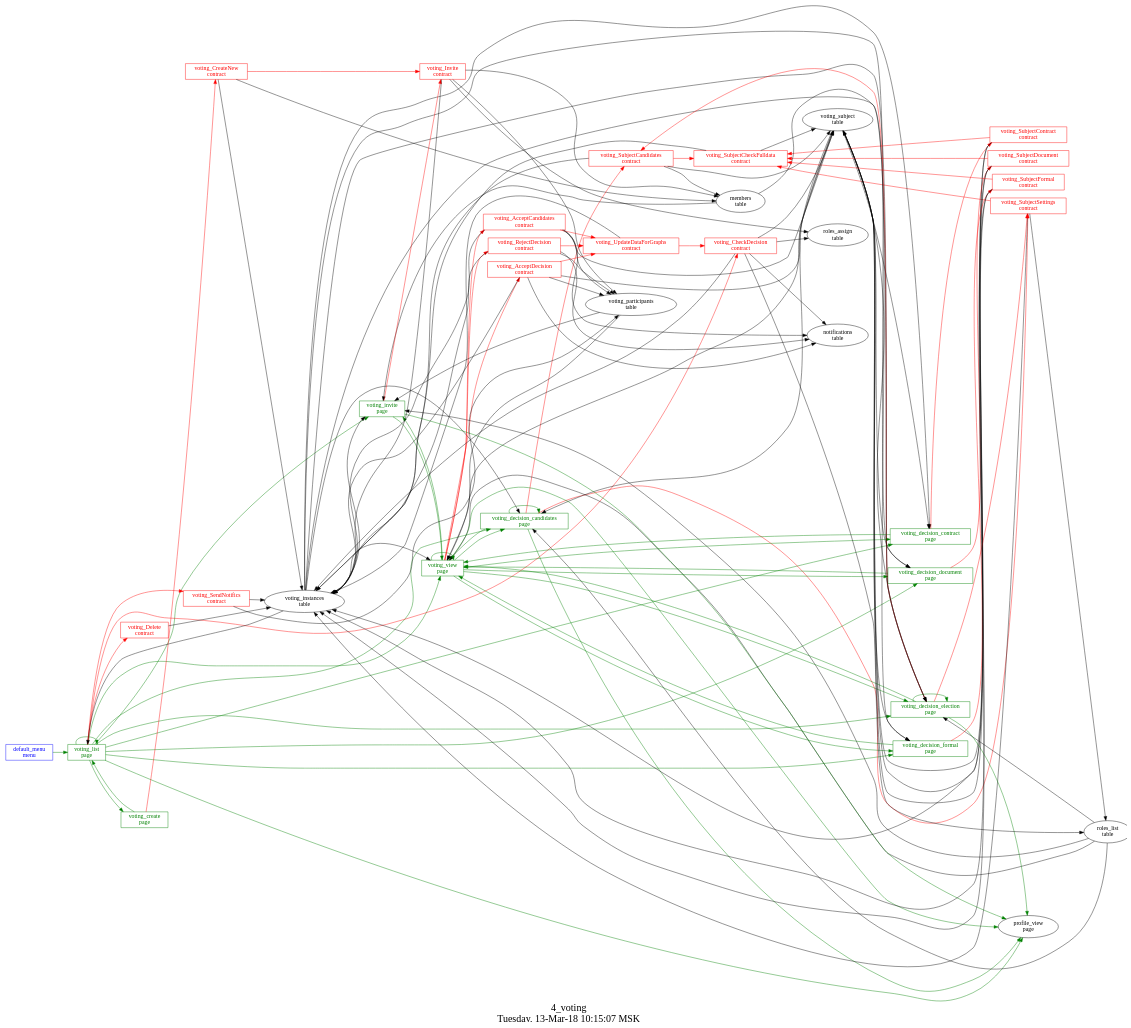
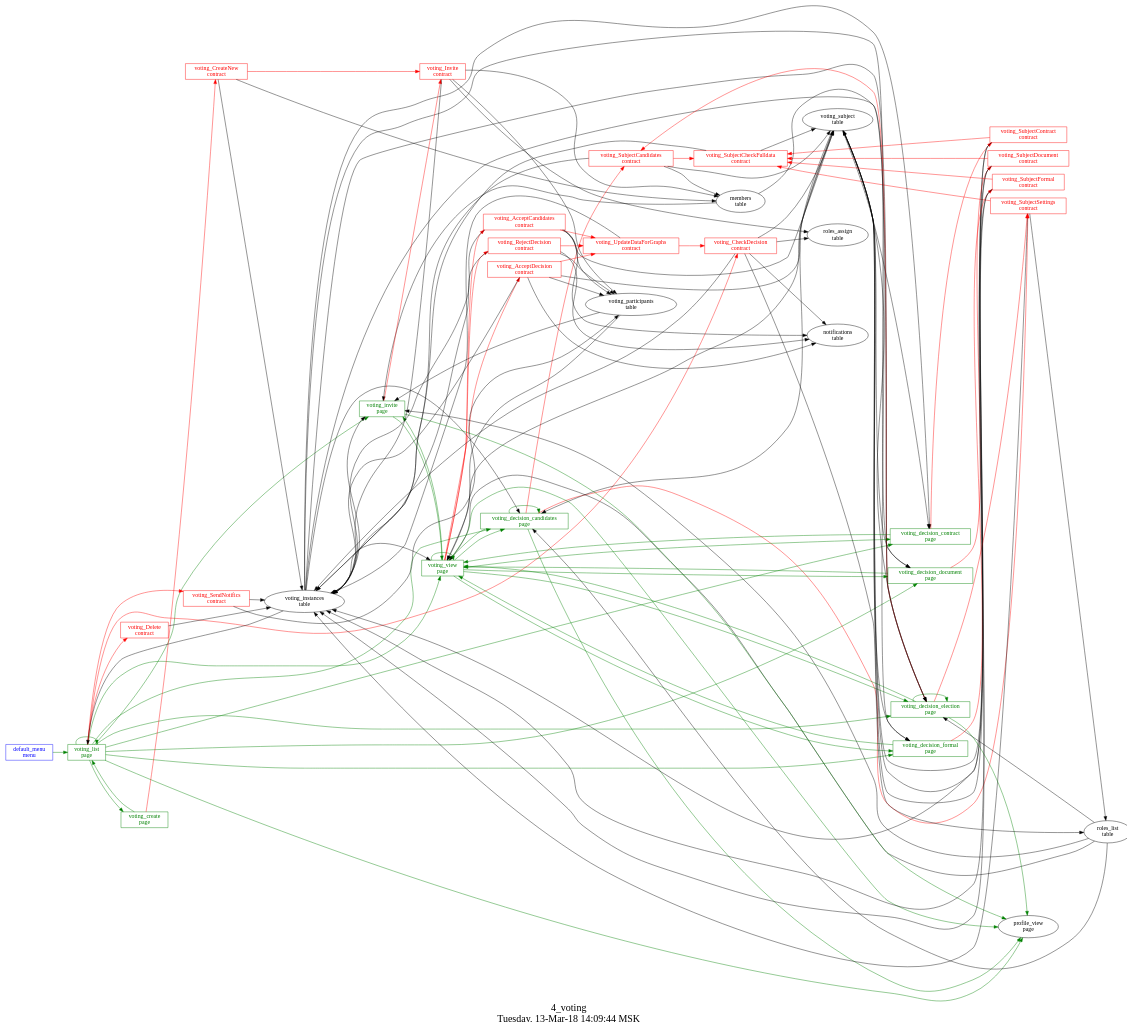
Before and after one commit to AplaProject/apps: the diagram in src/basic/common/4_voting/struct.dot, drawn with Graphviz. The commit also changed 5 other files, not shown here.

```diff
--- a/src/basic/common/4_voting/struct.dot
+++ b/src/basic/common/4_voting/struct.dot
@@ -1,155 +1,155 @@
 digraph G {
 graph [
   fontsize="24";
-  label="4_voting\nTuesday, 13-Mar-18 10:15:07 MSK";
+  label="4_voting\nTuesday, 13-Mar-18 14:09:44 MSK";
   nojustify=true;
   ordering=out;
   rankdir=LR;
   size="30";
 ];
 "default_menu\nmenu" -> "voting_list\npage"  [ color=green ]
 "default_menu\nmenu" [color=blue, fontcolor=blue, group=menus, shape=record];
 "voting_create\npage" -> "voting_CreateNew\ncontract"  [ color=red ]
 "voting_create\npage" -> "voting_list\npage"  [ color=green ]
 "voting_create\npage" [color=green, fontcolor=green, group=pages, shape=record];
 "voting_decision_candidates\npage" -> "voting_SubjectCandidates\ncontract"  [ color=red ]
 "voting_decision_candidates\npage" -> "voting_SubjectSettings\ncontract"  [ color=red ]
 "voting_instances\ntable" -> "voting_decision_candidates\npage"  [ color="" ]
 "voting_subject\ntable" -> "voting_decision_candidates\npage"  [ color="" ]
 "roles_list\ntable" -> "voting_decision_candidates\npage"  [ color="" ]
 "voting_decision_candidates\npage" -> "voting_decision_candidates\npage"  [ color=green ]
 "voting_decision_candidates\npage" -> "profile_view\npage"  [ color=green ]
 "voting_decision_candidates\npage" -> "voting_view\npage"  [ color=green ]
 "voting_decision_candidates\npage" [color=green, fontcolor=green, group=pages, shape=record];
 "voting_decision_contract\npage" -> "voting_SubjectContract\ncontract"  [ color=red ]
 "voting_instances\ntable" -> "voting_decision_contract\npage"  [ color="" ]
 "voting_subject\ntable" -> "voting_decision_contract\npage"  [ color="" ]
 "voting_decision_contract\npage" -> "voting_view\npage"  [ color=green ]
 "voting_decision_contract\npage" [color=green, fontcolor=green, group=pages, shape=record];
 "voting_decision_document\npage" -> "voting_SubjectDocument\ncontract"  [ color=red ]
 "voting_instances\ntable" -> "voting_decision_document\npage"  [ color="" ]
 "voting_subject\ntable" -> "voting_decision_document\npage"  [ color="" ]
 "voting_decision_document\npage" -> "voting_view\npage"  [ color=green ]
 "voting_decision_document\npage" [color=green, fontcolor=green, group=pages, shape=record];
 "voting_decision_election\npage" -> "voting_SubjectCandidates\ncontract"  [ color=red ]
 "voting_decision_election\npage" -> "voting_SubjectSettings\ncontract"  [ color=red ]
 "voting_instances\ntable" -> "voting_decision_election\npage"  [ color="" ]
 "members\ntable" -> "voting_decision_election\npage"  [ color="" ]
 "voting_subject\ntable" -> "voting_decision_election\npage"  [ color="" ]
 "roles_list\ntable" -> "voting_decision_election\npage"  [ color="" ]
 "voting_decision_election\npage" -> "voting_decision_election\npage"  [ color=green ]
 "voting_decision_election\npage" -> "profile_view\npage"  [ color=green ]
 "voting_decision_election\npage" -> "voting_view\npage"  [ color=green ]
 "voting_decision_election\npage" [color=green, fontcolor=green, group=pages, shape=record];
 "voting_decision_formal\npage" -> "voting_SubjectFormal\ncontract"  [ color=red ]
 "voting_instances\ntable" -> "voting_decision_formal\npage"  [ color="" ]
 "voting_subject\ntable" -> "voting_decision_formal\npage"  [ color="" ]
 "voting_decision_formal\npage" -> "voting_view\npage"  [ color=green ]
 "voting_decision_formal\npage" [color=green, fontcolor=green, group=pages, shape=record];
 "voting_invite\npage" -> "voting_Invite\ncontract"  [ color=red ]
 "voting_instances\ntable" -> "voting_invite\npage"  [ color="" ]
 "voting_participants\ntable" -> "voting_invite\npage"  [ color="" ]
 "members\ntable" -> "voting_invite\npage"  [ color="" ]
 "roles_list\ntable" -> "voting_invite\npage"  [ color="" ]
 "voting_invite\npage" -> "profile_view\npage"  [ color=green ]
 "voting_invite\npage" -> "voting_view\npage"  [ color=green ]
 "voting_invite\npage" [color=green, fontcolor=green, group=pages, shape=record];
 "voting_list\npage" -> "voting_SendNotifics\ncontract"  [ color=red ]
 "voting_list\npage" -> "voting_CheckDecision\ncontract"  [ color=red ]
 "voting_list\npage" -> "voting_Delete\ncontract"  [ color=red ]
 "voting_instances\ntable" -> "voting_list\npage"  [ color="" ]
 "voting_list\npage" -> "voting_view\npage"  [ color=green ]
 "voting_list\npage" -> "voting_decision_candidates\npage"  [ color=green ]
 "voting_list\npage" -> "voting_decision_election\npage"  [ color=green ]
 "voting_list\npage" -> "voting_decision_document\npage"  [ color=green ]
 "voting_list\npage" -> "voting_decision_formal\npage"  [ color=green ]
 "voting_list\npage" -> "voting_decision_contract\npage"  [ color=green ]
 "voting_list\npage" -> "voting_invite\npage"  [ color=green ]
 "voting_list\npage" -> "voting_list\npage"  [ color=green ]
 "voting_list\npage" -> "profile_view\npage"  [ color=green ]
 "voting_list\npage" -> "voting_create\npage"  [ color=green ]
 "voting_list\npage" [color=green, fontcolor=green, group=pages, shape=record];
 "voting_view\npage" -> "voting_AcceptCandidates\ncontract"  [ color=red ]
 "voting_view\npage" -> "voting_RejectDecision\ncontract"  [ color=red ]
 "voting_view\npage" -> "voting_AcceptDecision\ncontract"  [ color=red ]
 "voting_instances\ntable" -> "voting_view\npage"  [ color="" ]
 "voting_participants\ntable" -> "voting_view\npage"  [ color="" ]
 "roles_list\ntable" -> "voting_view\npage"  [ color="" ]
 "voting_subject\ntable" -> "voting_view\npage"  [ color="" ]
 "voting_view\npage" -> "profile_view\npage"  [ color=green ]
 "voting_view\npage" -> "voting_view\npage"  [ color=green ]
 "voting_view\npage" -> "voting_decision_candidates\npage"  [ color=green ]
 "voting_view\npage" -> "voting_decision_election\npage"  [ color=green ]
 "voting_view\npage" -> "voting_decision_document\npage"  [ color=green ]
 "voting_view\npage" -> "voting_decision_formal\npage"  [ color=green ]
 "voting_view\npage" -> "voting_decision_contract\npage"  [ color=green ]
 "voting_view\npage" -> "voting_invite\npage"  [ color=green ]
 "voting_view\npage" [color=green, fontcolor=green, group=pages, shape=record];
 "voting_AcceptCandidates\ncontract" -> "voting_UpdateDataForGraphs\ncontract"  [ color=red ]
 "voting_AcceptCandidates\ncontract" -> "voting_instances\ntable"  [ color="" ]
 "voting_AcceptCandidates\ncontract" -> "voting_subject\ntable"  [ color="" ]
 "voting_AcceptCandidates\ncontract" -> "voting_participants\ntable"  [ color="" ]
 "voting_AcceptCandidates\ncontract" -> "notifications\ntable"  [ color="" ]
 "voting_AcceptCandidates\ncontract" [color=red, fontcolor=red, group=contracts, shape=record];
 "voting_AcceptDecision\ncontract" -> "voting_UpdateDataForGraphs\ncontract"  [ color=red ]
 "voting_AcceptDecision\ncontract" -> "voting_instances\ntable"  [ color="" ]
 "voting_AcceptDecision\ncontract" -> "voting_subject\ntable"  [ color="" ]
 "voting_AcceptDecision\ncontract" -> "voting_participants\ntable"  [ color="" ]
 "voting_AcceptDecision\ncontract" -> "notifications\ntable"  [ color="" ]
 "voting_AcceptDecision\ncontract" [color=red, fontcolor=red, group=contracts, shape=record];
 "voting_CheckDecision\ncontract" -> "voting_instances\ntable"  [ color="" ]
 "voting_CheckDecision\ncontract" -> "voting_subject\ntable"  [ color="" ]
 "voting_CheckDecision\ncontract" -> "notifications\ntable"  [ color="" ]
 "voting_CheckDecision\ncontract" -> "roles_list\ntable"  [ color="" ]
 "voting_CheckDecision\ncontract" -> "roles_assign\ntable"  [ color="" ]
 "voting_CheckDecision\ncontract" [color=red, fontcolor=red, group=contracts, shape=record];
 "voting_CreateNew\ncontract" -> "voting_Invite\ncontract"  [ color=red ]
 "voting_CreateNew\ncontract" -> "members\ntable"  [ color="" ]
 "voting_CreateNew\ncontract" -> "voting_instances\ntable"  [ color="" ]
 "voting_CreateNew\ncontract" [color=red, fontcolor=red, group=contracts, shape=record];
 "voting_Delete\ncontract" -> "voting_instances\ntable"  [ color="" ]
 "voting_Delete\ncontract" [color=red, fontcolor=red, group=contracts, shape=record];
 "voting_Invite\ncontract" -> "voting_instances\ntable"  [ color="" ]
 "voting_Invite\ncontract" -> "voting_participants\ntable"  [ color="" ]
 "voting_Invite\ncontract" -> "members\ntable"  [ color="" ]
 "voting_Invite\ncontract" -> "roles_assign\ntable"  [ color="" ]
 "voting_Invite\ncontract" [color=red, fontcolor=red, group=contracts, shape=record];
 "voting_RejectDecision\ncontract" -> "voting_UpdateDataForGraphs\ncontract"  [ color=red ]
 "voting_RejectDecision\ncontract" -> "voting_instances\ntable"  [ color="" ]
 "voting_RejectDecision\ncontract" -> "voting_participants\ntable"  [ color="" ]
 "voting_RejectDecision\ncontract" -> "notifications\ntable"  [ color="" ]
 "voting_RejectDecision\ncontract" [color=red, fontcolor=red, group=contracts, shape=record];
 "voting_SendNotifics\ncontract" -> "voting_instances\ntable"  [ color="" ]
 "voting_SendNotifics\ncontract" -> "voting_participants\ntable"  [ color="" ]
 "voting_SendNotifics\ncontract" [color=red, fontcolor=red, group=contracts, shape=record];
 "voting_SubjectCandidates\ncontract" -> "voting_SubjectCheckFulldata\ncontract"  [ color=red ]
 "voting_SubjectCandidates\ncontract" -> "voting_instances\ntable"  [ color="" ]
 "voting_SubjectCandidates\ncontract" -> "voting_subject\ntable"  [ color="" ]
 "voting_SubjectCandidates\ncontract" -> "members\ntable"  [ color="" ]
 "voting_SubjectCandidates\ncontract" [color=red, fontcolor=red, group=contracts, shape=record];
 "voting_SubjectCheckFulldata\ncontract" -> "voting_instances\ntable"  [ color="" ]
 "voting_SubjectCheckFulldata\ncontract" -> "voting_subject\ntable"  [ color="" ]
 "voting_SubjectCheckFulldata\ncontract" [color=red, fontcolor=red, group=contracts, shape=record];
 "voting_SubjectContract\ncontract" -> "voting_SubjectCheckFulldata\ncontract"  [ color=red ]
 "voting_SubjectContract\ncontract" -> "voting_instances\ntable"  [ color="" ]
 "voting_SubjectContract\ncontract" -> "voting_subject\ntable"  [ color="" ]
 "voting_SubjectContract\ncontract" [color=red, fontcolor=red, group=contracts, shape=record];
 "voting_SubjectDocument\ncontract" -> "voting_SubjectCheckFulldata\ncontract"  [ color=red ]
 "voting_SubjectDocument\ncontract" -> "voting_instances\ntable"  [ color="" ]
 "voting_SubjectDocument\ncontract" -> "voting_subject\ntable"  [ color="" ]
 "voting_SubjectDocument\ncontract" [color=red, fontcolor=red, group=contracts, shape=record];
 "voting_SubjectFormal\ncontract" -> "voting_SubjectCheckFulldata\ncontract"  [ color=red ]
 "voting_SubjectFormal\ncontract" -> "voting_instances\ntable"  [ color="" ]
 "voting_SubjectFormal\ncontract" -> "voting_subject\ntable"  [ color="" ]
 "voting_SubjectFormal\ncontract" [color=red, fontcolor=red, group=contracts, shape=record];
 "voting_SubjectSettings\ncontract" -> "voting_SubjectCheckFulldata\ncontract"  [ color=red ]
 "voting_SubjectSettings\ncontract" -> "voting_instances\ntable"  [ color="" ]
 "voting_SubjectSettings\ncontract" -> "roles_list\ntable"  [ color="" ]
 "voting_SubjectSettings\ncontract" [color=red, fontcolor=red, group=contracts, shape=record];
 "voting_UpdateDataForGraphs\ncontract" -> "voting_CheckDecision\ncontract"  [ color=red ]
 "voting_UpdateDataForGraphs\ncontract" -> "voting_instances\ntable"  [ color="" ]
 "voting_UpdateDataForGraphs\ncontract" [color=red, fontcolor=red, group=contracts, shape=record];
 "voting_instances\ntable" [color="", fontcolor="", group=tables, shape=""];
 "voting_participants\ntable" [color="", fontcolor="", group=tables, shape=""];
 "voting_subject\ntable" [color="", fontcolor="", group=tables, shape=""];
 }
```
